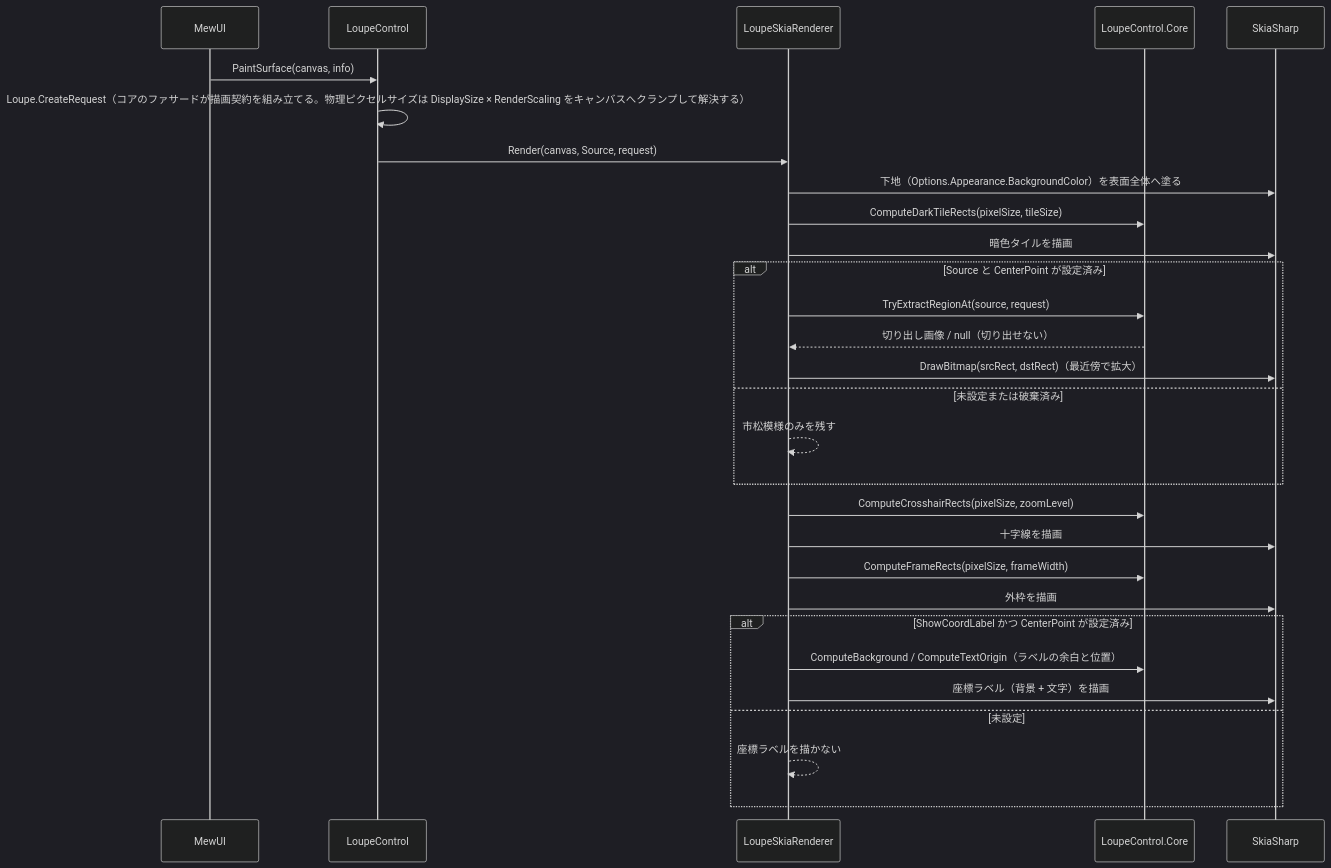
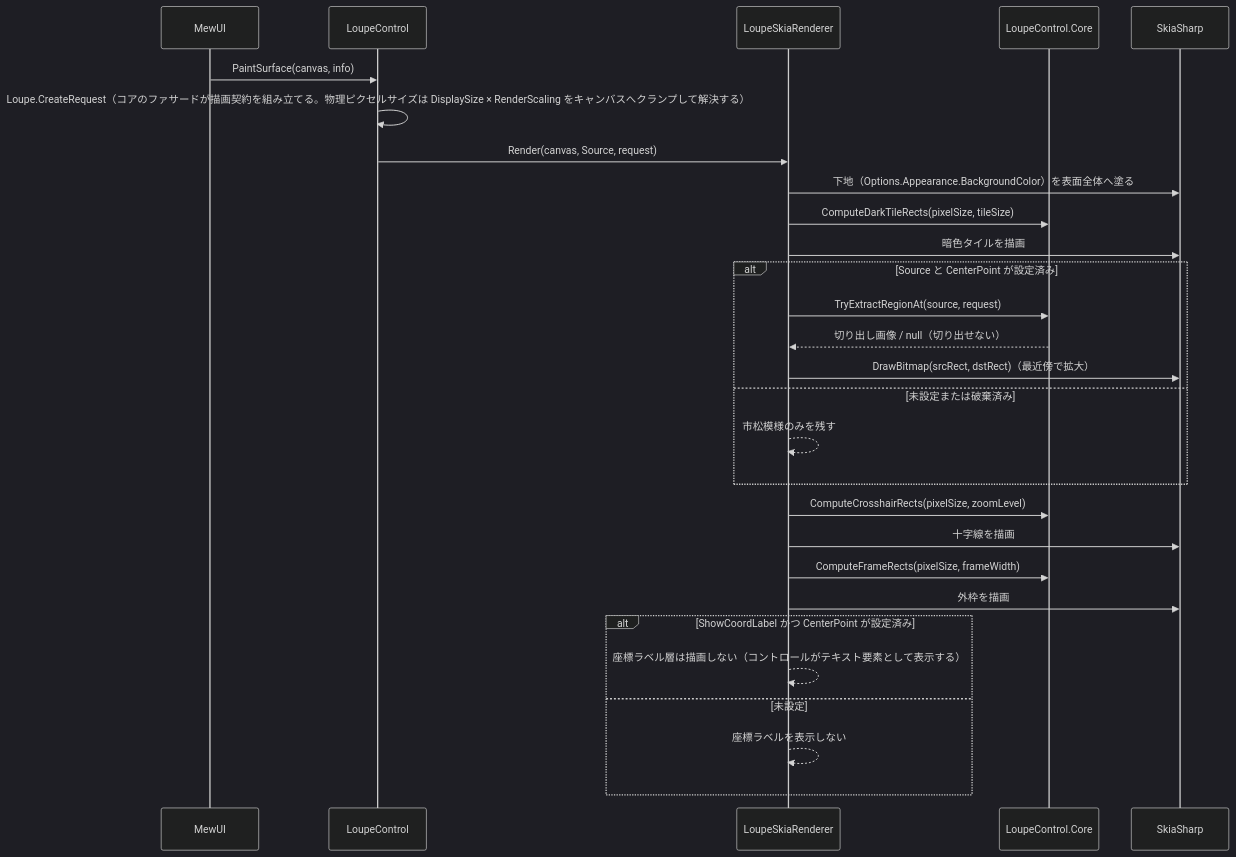
The second of 2 diagrams in src/LoupeControl.MewUI/SPEC_System.md (tomokuni/SaveEvidence), drawn with Mermaid (dark theme) before and after one commit. The commit also changed other lines of this file and 89 other files, not shown here.

````diff
--- a/src/LoupeControl.MewUI/SPEC_System.md
+++ b/src/LoupeControl.MewUI/SPEC_System.md
@@ -186,32 +195,31 @@
 ```mermaid
 sequenceDiagram
     participant MW as MewUI
     participant LC as LoupeControl
     participant R as LoupeSkiaRenderer
     participant C as LoupeControl.Core
     participant SK as SkiaSharp
 
     MW->>LC: PaintSurface(canvas, info)
     LC->>LC: Loupe.CreateRequest（コアのファサードが描画契約を組み立てる。物理ピクセルサイズは DisplaySize × RenderScaling をキャンバスへクランプして解決する）
     LC->>R: Render(canvas, Source, request)
     R->>SK: 下地（Options.Appearance.BackgroundColor）を表面全体へ塗る
     R->>C: ComputeDarkTileRects(pixelSize, tileSize)
     R->>SK: 暗色タイルを描画
     alt Source と CenterPoint が設定済み
         R->>C: TryExtractRegionAt(source, request)
         C-->>R: 切り出し画像 / null（切り出せない）
         R->>SK: DrawBitmap(srcRect, dstRect)（最近傍で拡大）
     else 未設定または破棄済み
         R-->>R: 市松模様のみを残す
     end
     R->>C: ComputeCrosshairRects(pixelSize, zoomLevel)
     R->>SK: 十字線を描画
     R->>C: ComputeFrameRects(pixelSize, frameWidth)
     R->>SK: 外枠を描画
     alt ShowCoordLabel かつ CenterPoint が設定済み
-        R->>C: ComputeBackground / ComputeTextOrigin（ラベルの余白と位置）
-        R->>SK: 座標ラベル（背景 + 文字）を描画
+        R-->>R: 座標ラベル層は描画しない（コントロールがテキスト要素として表示する）
     else 未設定
-        R-->>R: 座標ラベルを描かない
+        R-->>R: 座標ラベルを表示しない
     end
 ```
````
